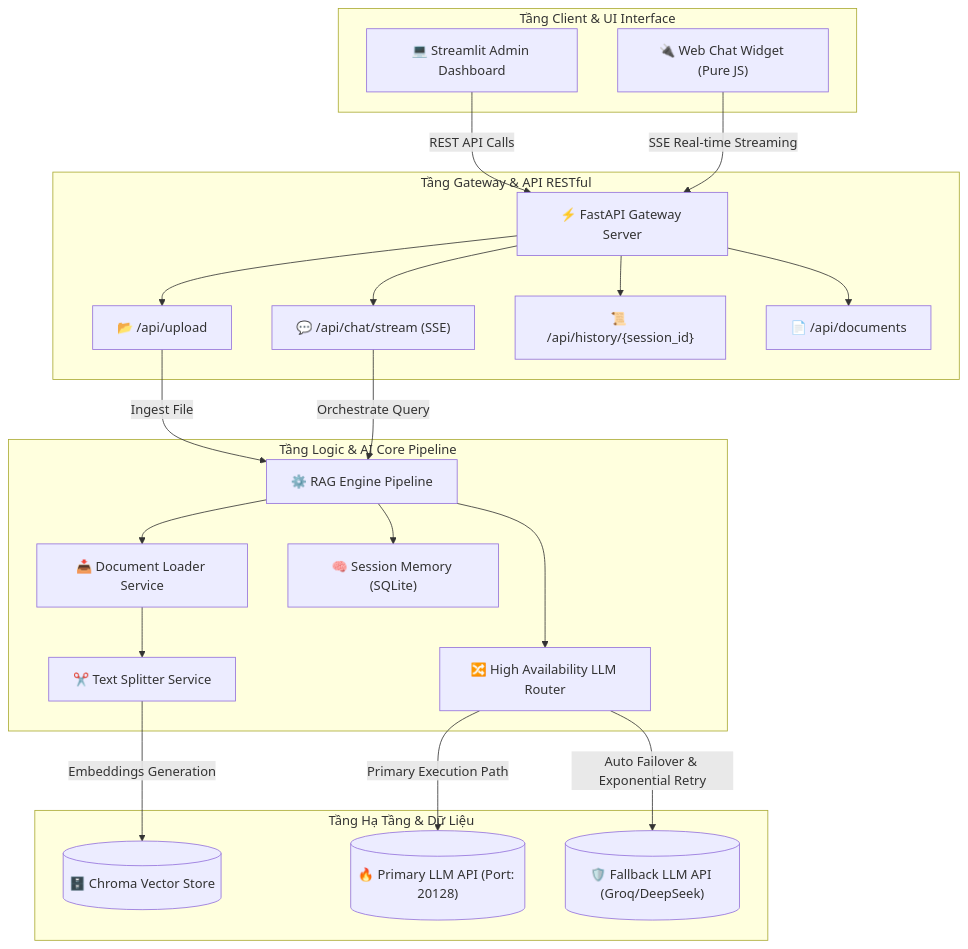
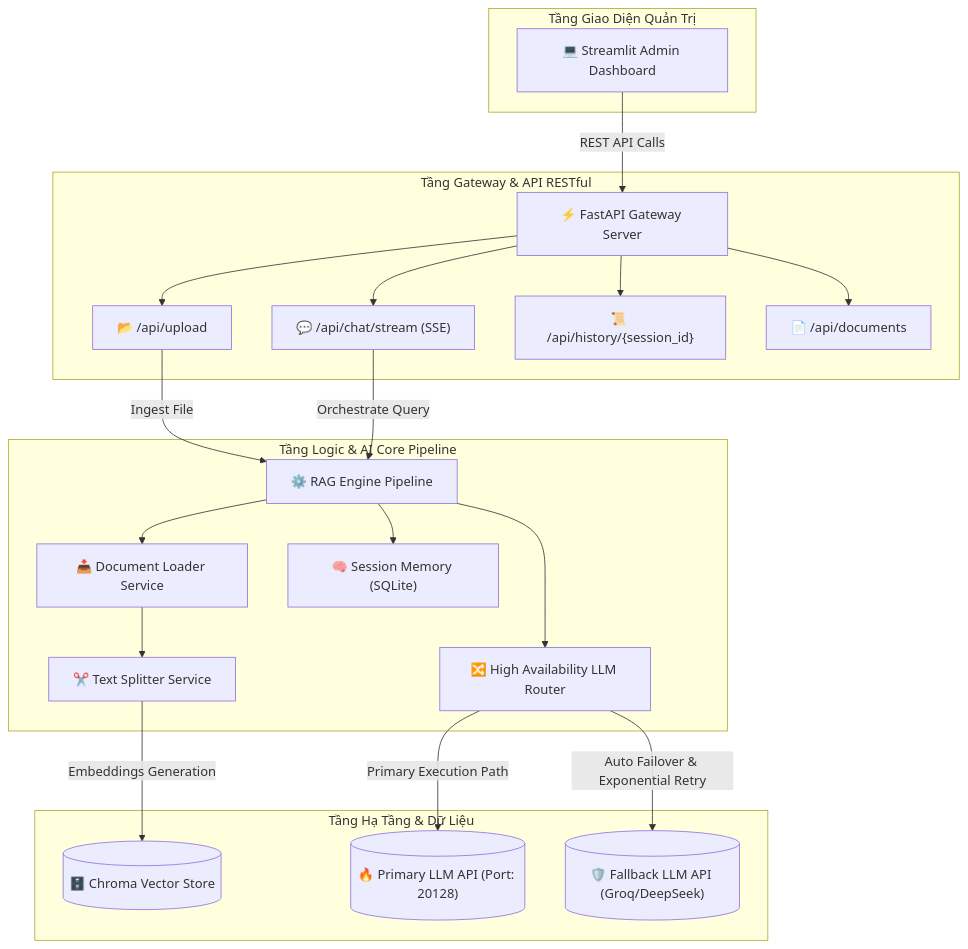
Before and after one commit to thanhphandev/enterprise-ai-platform: the diagram in README.md, drawn with Mermaid. The commit also changed other lines of this file and 2 other files, not shown here.

Commit message:
refactor: simplify portfolio presentation focusing strictly on backend RAG pipeline and clean architecture

````diff
--- a/README.md
+++ b/README.md
@@ -19,53 +18,51 @@
 ```mermaid
 graph TD
-    %% Tầng Client %%
-    subgraph Client_Layer [Tầng Client & UI Interface]
+    %% Tầng Client UI %%
+    subgraph Client_Layer [Tầng Giao Diện Quản Trị]
         Dashboard["💻 Streamlit Admin Dashboard"]
-        Widget["🔌 Web Chat Widget (Pure JS)"]
     end
 
-    %% Tầng API & Gateway %%
+    %% Tầng API Gateway %%
     subgraph API_Layer [Tầng Gateway & API RESTful]
         Gateway["⚡ FastAPI Gateway Server"]
         UploadRoute["📂 /api/upload"]
         ChatRoute["💬 /api/chat/stream (SSE)"]
         HistoryRoute["📜 /api/history/{session_id}"]
         DocRoute["📄 /api/documents"]
     end
 
     %% Tầng Logic AI %%
     subgraph AI_Core [Tầng Logic & AI Core Pipeline]
         RAGPipeline["⚙️ RAG Engine Pipeline"]
         DocLoader["📥 Document Loader Service"]
         TextSplitter["✂️ Text Splitter Service"]
         Memory["🧠 Session Memory (SQLite)"]
         LLMRouter["🔀 High Availability LLM Router"]
     end
 
-    %% Tầng Lưu Trữ & Backup %%
+    %% Tầng Lưu Trữ %%
     subgraph Storage_Layer [Tầng Hạ Tầng & Dữ Liệu]
         Chroma[("🗄️ Chroma Vector Store")]
         PrimaryLLM[("🔥 Primary LLM API (Port: 20128)")]
         FallbackLLM[("🛡️ Fallback LLM API (Groq/DeepSeek)")]
     end
 
     %% Các mối quan hệ %%
     Dashboard -->|REST API Calls| Gateway
-    Widget -->|SSE Real-time Streaming| Gateway
     Gateway --> UploadRoute
     Gateway --> ChatRoute
     Gateway --> HistoryRoute
     Gateway --> DocRoute
     
     UploadRoute -->|Ingest File| RAGPipeline
     ChatRoute -->|Orchestrate Query| RAGPipeline
     
     RAGPipeline --> DocLoader
     RAGPipeline --> Memory
     RAGPipeline --> LLMRouter
     
     DocLoader --> TextSplitter
     TextSplitter -->|Embeddings Generation| Chroma
     LLMRouter -->|Primary Execution Path| PrimaryLLM
     LLMRouter -->|Auto Failover & Exponential Retry| FallbackLLM
 ```
````
